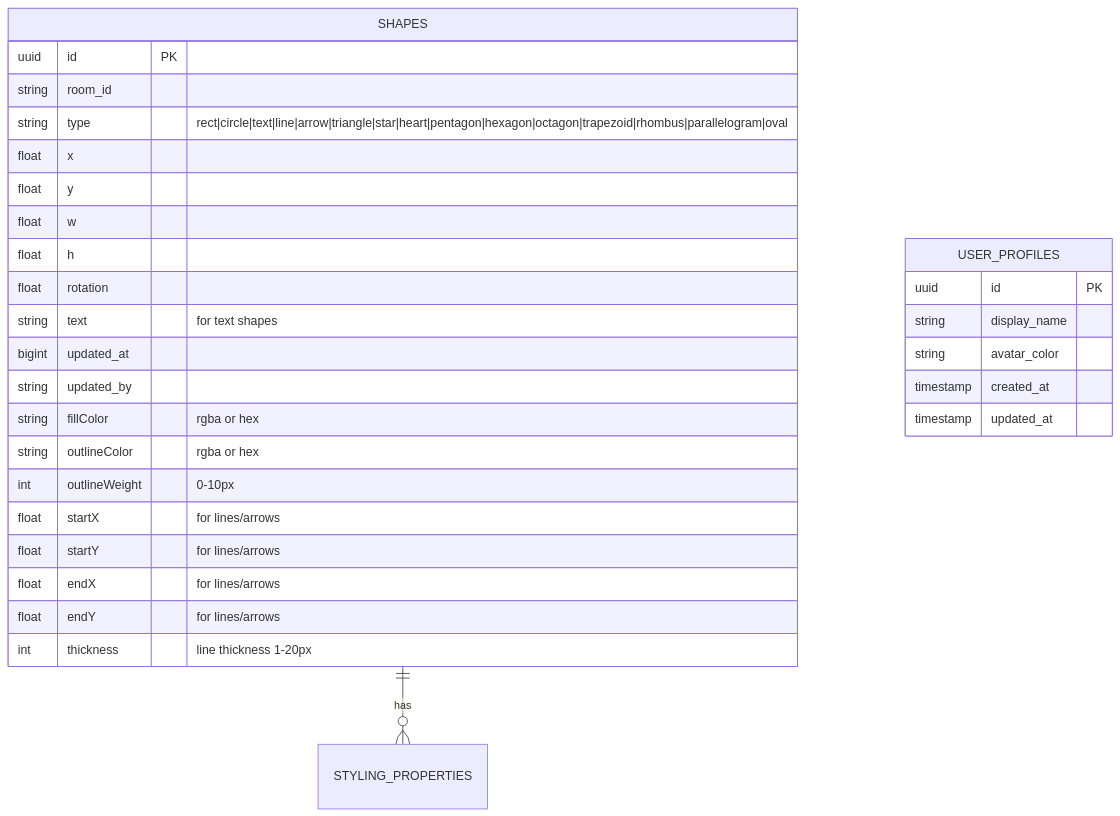
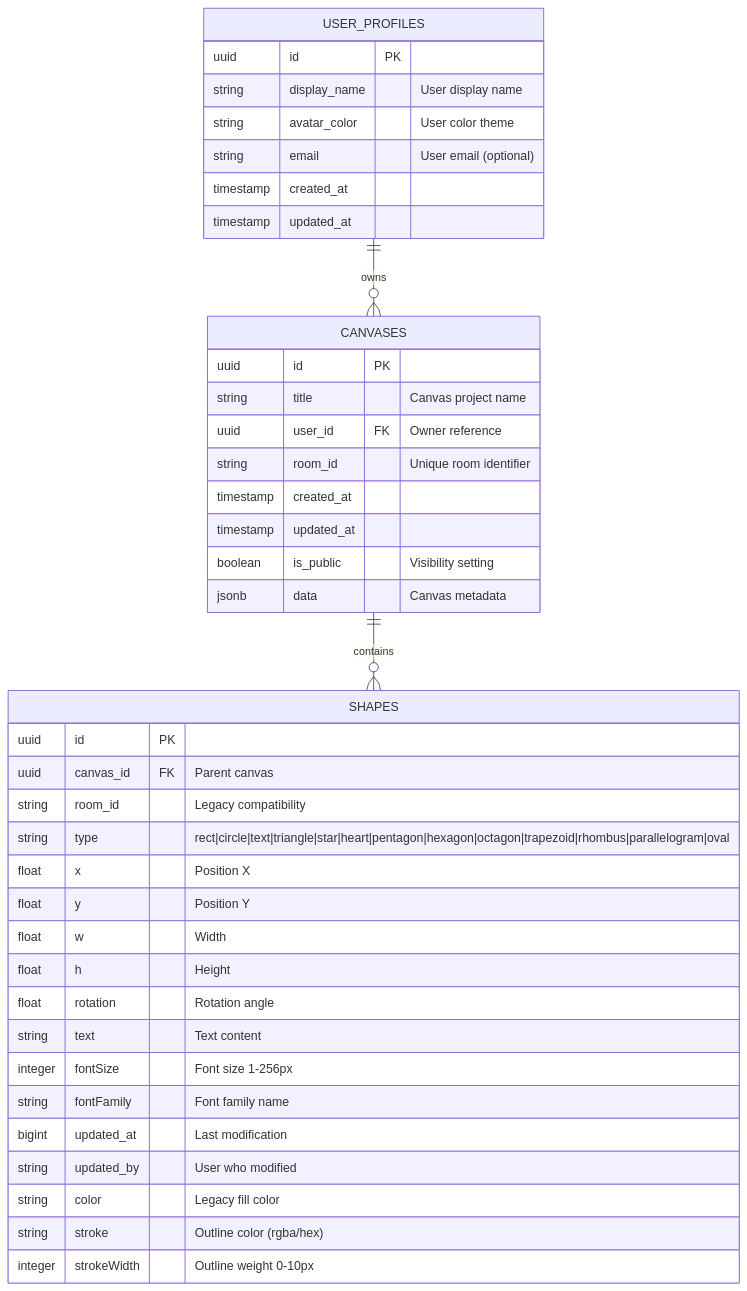
The sixth of 8 diagrams in architecture_mermaid.md (mdayku/collabcanvas), drawn with Mermaid before and after one commit. The commit also changed other lines of this file and 15 other files, not shown here.

````diff
--- a/architecture_mermaid.md
+++ b/architecture_mermaid.md
@@ -218,35 +239,46 @@
 ```mermaid
 erDiagram
-  SHAPES ||--o{ STYLING_PROPERTIES : has
+  CANVASES ||--o{ SHAPES : contains
+  USER_PROFILES ||--o{ CANVASES : owns
+  
+  CANVASES {
+    uuid id PK
+    string title "Canvas project name"
+    uuid user_id FK "Owner reference"
+    string room_id "Unique room identifier"
+    timestamp created_at
+    timestamp updated_at
+    boolean is_public "Visibility setting"
+    jsonb data "Canvas metadata"
+  }
+  
   SHAPES {
     uuid id PK
-    string room_id
-    string type "rect|circle|text|line|arrow|triangle|star|heart|pentagon|hexagon|octagon|trapezoid|rhombus|parallelogram|oval"
-    float x
-    float y
-    float w
-    float h
-    float rotation
-    string text "for text shapes"
-    bigint updated_at
-    string updated_by
+    uuid canvas_id FK "Parent canvas"
+    string room_id "Legacy compatibility"
+    string type "rect|circle|text|triangle|star|heart|pentagon|hexagon|octagon|trapezoid|rhombus|parallelogram|oval"
+    float x "Position X"
+    float y "Position Y" 
+    float w "Width"
+    float h "Height"
+    float rotation "Rotation angle"
+    string text "Text content"
+    integer fontSize "Font size 1-256px"
+    string fontFamily "Font family name"
+    bigint updated_at "Last modification"
+    string updated_by "User who modified"
     
-    string fillColor "rgba or hex"
-    string outlineColor "rgba or hex" 
-    int outlineWeight "0-10px"
-    
-    float startX "for lines/arrows"
-    float startY "for lines/arrows"
-    float endX "for lines/arrows"
-    float endY "for lines/arrows"
-    int thickness "line thickness 1-20px"
+    string color "Legacy fill color"
+    string stroke "Outline color (rgba/hex)"
+    integer strokeWidth "Outline weight 0-10px"
   }
   
   USER_PROFILES {
     uuid id PK
-    string display_name
-    string avatar_color
+    string display_name "User display name"
+    string avatar_color "User color theme"
+    string email "User email (optional)"
     timestamp created_at
     timestamp updated_at
   }
 ```
````
